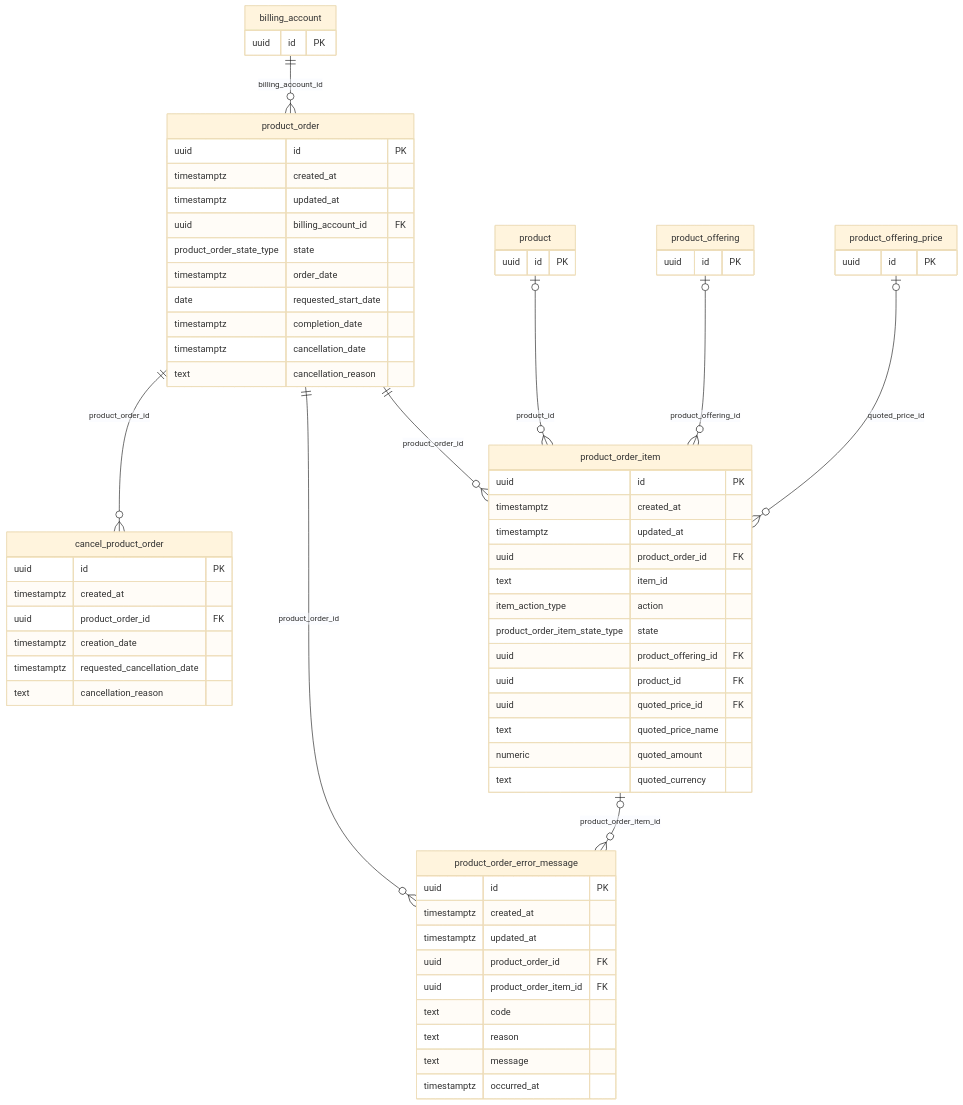
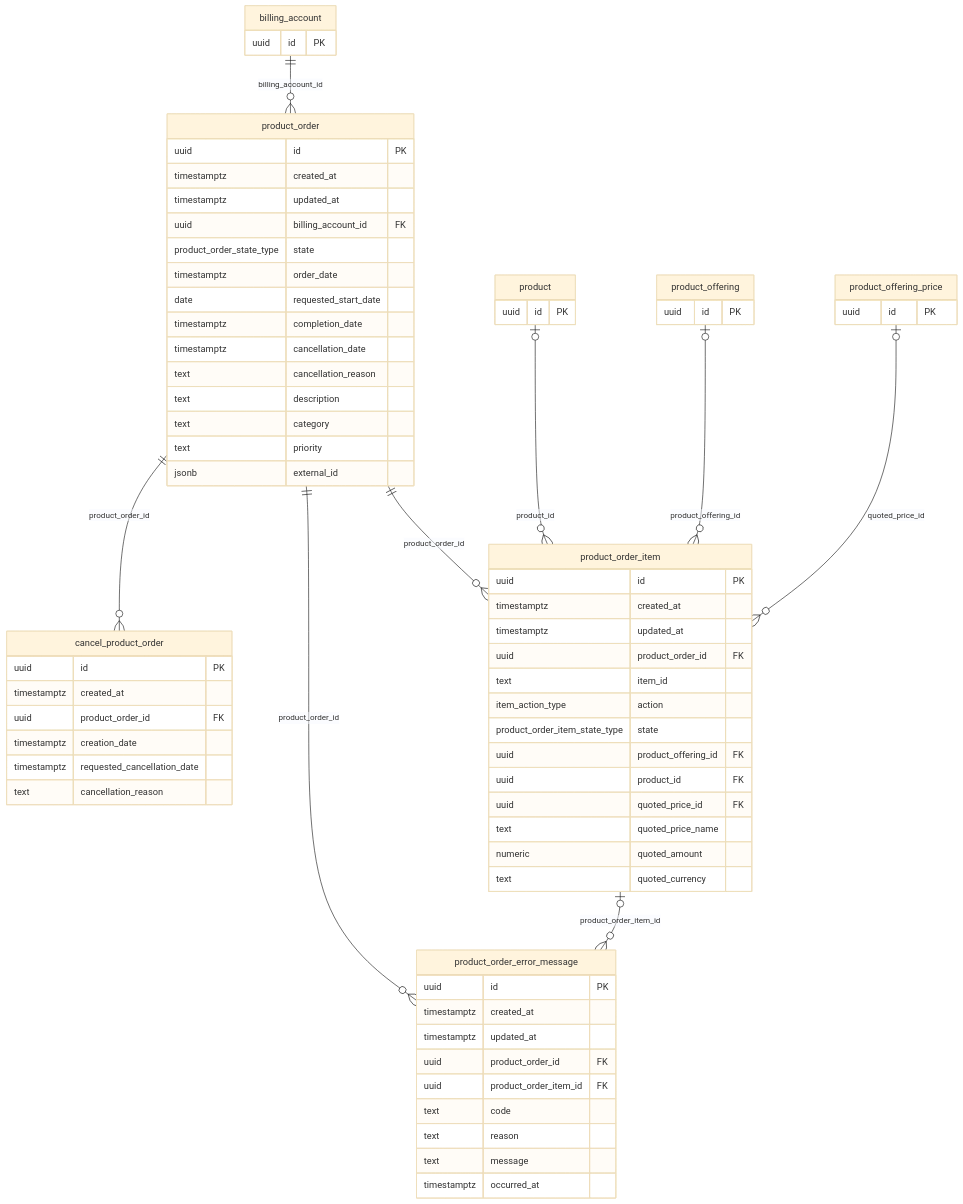
One commit to altharmz/bss changed the fourth of 8 diagrams in docs/db/README.md. Above: the diagram before and after it, drawn with Mermaid (base theme). The commit also changed other lines of this file and 37 other files, not shown here.

````diff
--- a/docs/db/README.md
+++ b/docs/db/README.md
@@ -325,69 +333,73 @@
 ```mermaid
 erDiagram
   product_order {
     uuid id PK
     timestamptz created_at
     timestamptz updated_at
     uuid billing_account_id FK
     product_order_state_type state
     timestamptz order_date
     date requested_start_date
     timestamptz completion_date
     timestamptz cancellation_date
     text cancellation_reason
+    text description
+    text category
+    text priority
+    jsonb external_id
   }
   product_order_item {
     uuid id PK
     timestamptz created_at
     timestamptz updated_at
     uuid product_order_id FK
     text item_id
     item_action_type action
     product_order_item_state_type state
     uuid product_offering_id FK
     uuid product_id FK
     uuid quoted_price_id FK
     text quoted_price_name
     numeric quoted_amount
     text quoted_currency
   }
   product_order_error_message {
     uuid id PK
     timestamptz created_at
     timestamptz updated_at
     uuid product_order_id FK
     uuid product_order_item_id FK
     text code
     text reason
     text message
     timestamptz occurred_at
   }
   cancel_product_order {
     uuid id PK
     timestamptz created_at
     uuid product_order_id FK
     timestamptz creation_date
     timestamptz requested_cancellation_date
     text cancellation_reason
   }
   billing_account {
     uuid id PK
   }
   product {
     uuid id PK
   }
   product_offering {
     uuid id PK
   }
   product_offering_price {
     uuid id PK
   }
   billing_account ||--o{ product_order : "billing_account_id"
   product |o--o{ product_order_item : "product_id"
   product_offering |o--o{ product_order_item : "product_offering_id"
   product_offering_price |o--o{ product_order_item : "quoted_price_id"
   product_order ||--o{ cancel_product_order : "product_order_id"
   product_order ||--o{ product_order_error_message : "product_order_id"
   product_order ||--o{ product_order_item : "product_order_id"
   product_order_item |o--o{ product_order_error_message : "product_order_item_id"
 ```
````
